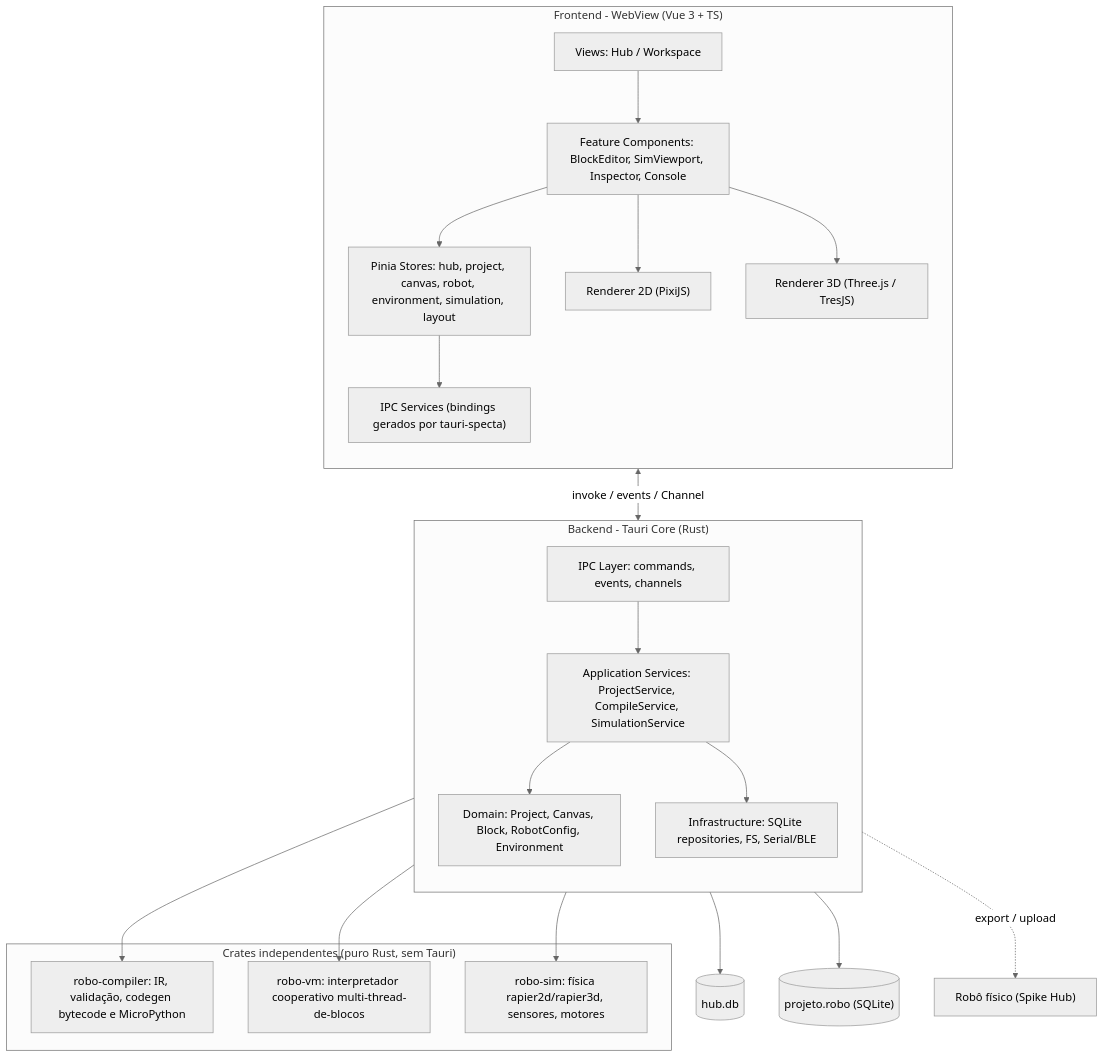
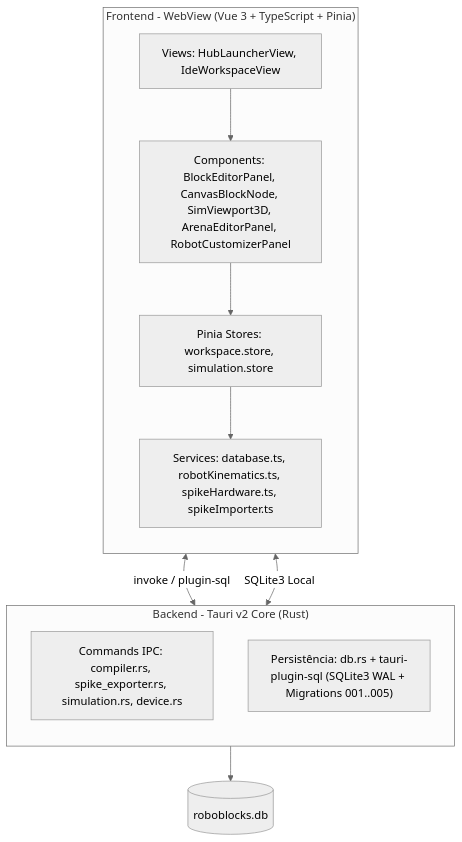
The diagram in docs/architecture/01-arquitetura-e-estrutura-de-pastas.md (Josuecpn/scratch_block_ide), drawn with Mermaid (neutral theme) before and after one commit. The commit also changed other lines of this file and 27 other files, not shown here.

Commit message:
Ajusta o comportamento da codificação por blocos

````diff
--- a/docs/architecture/01-arquitetura-e-estrutura-de-pastas.md
+++ b/docs/architecture/01-arquitetura-e-estrutura-de-pastas.md
@@ -7,39 +7,21 @@
 ```mermaid
 flowchart TB
-    subgraph FE["Frontend - WebView (Vue 3 + TS)"]
+    subgraph FE["Frontend - WebView (Vue 3 + TypeScript + Pinia)"]
         direction TB
-        V["Views: Hub / Workspace"]
-        C["Feature Components: BlockEditor, SimViewport, Inspector, Console"]
-        S["Pinia Stores: hub, project, canvas, robot, environment, simulation, layout"]
-        API["IPC Services (bindings gerados por tauri-specta)"]
-        R2["Renderer 2D (PixiJS)"]
-        R3["Renderer 3D (Three.js / TresJS)"]
-        V --> C --> S --> API
-        C --> R2
-        C --> R3
+        V["Views: HubLauncherView, IdeWorkspaceView"]
+        C["Components: BlockEditorPanel, CanvasBlockNode, SimViewport3D, ArenaEditorPanel, RobotCustomizerPanel"]
+        S["Pinia Stores: workspace.store, simulation.store"]
+        SVC["Services: database.ts, robotKinematics.ts, spikeHardware.ts, spikeImporter.ts"]
+        V --> C --> S --> SVC
     end
 
-    subgraph BE["Backend - Tauri Core (Rust)"]
+    subgraph BE["Backend - Tauri v2 Core (Rust)"]
         direction TB
-        CMD["IPC Layer: commands, events, channels"]
-        APP["Application Services: ProjectService, CompileService, SimulationService"]
-        DOM["Domain: Project, Canvas, Block, RobotConfig, Environment"]
-        INF["Infrastructure: SQLite repositories, FS, Serial/BLE"]
-        CMD --> APP --> DOM
-        APP --> INF
+        CMD["Commands IPC: compiler.rs, spike_exporter.rs, simulation.rs, device.rs"]
+        DB["Persistência: db.rs + tauri-plugin-sql (SQLite3 WAL + Migrations 001..005)"]
     end
 
-    subgraph CR["Crates independentes (puro Rust, sem Tauri)"]
-        COMP["robo-compiler: IR, validação, codegen bytecode e MicroPython"]
-        VM["robo-vm: interpretador cooperativo multi-thread-de-blocos"]
-        SIM["robo-sim: física rapier2d/rapier3d, sensores, motores"]
-    end
-
-    API <-->|"invoke / events / Channel"| CMD
-    APP --> COMP
-    APP --> VM
-    APP --> SIM
-    INF --> DB1[("hub.db")]
-    INF --> DB2[("projeto.robo (SQLite)")]
-    INF -.->|"export / upload"| ROBOT["Robô físico (Spike Hub)"]
+    SVC <-->|"invoke / plugin-sql"| CMD
+    SVC <-->|"SQLite3 Local"| DB
+    DB --> SQL[("roboblocks.db")]
 ```
````
